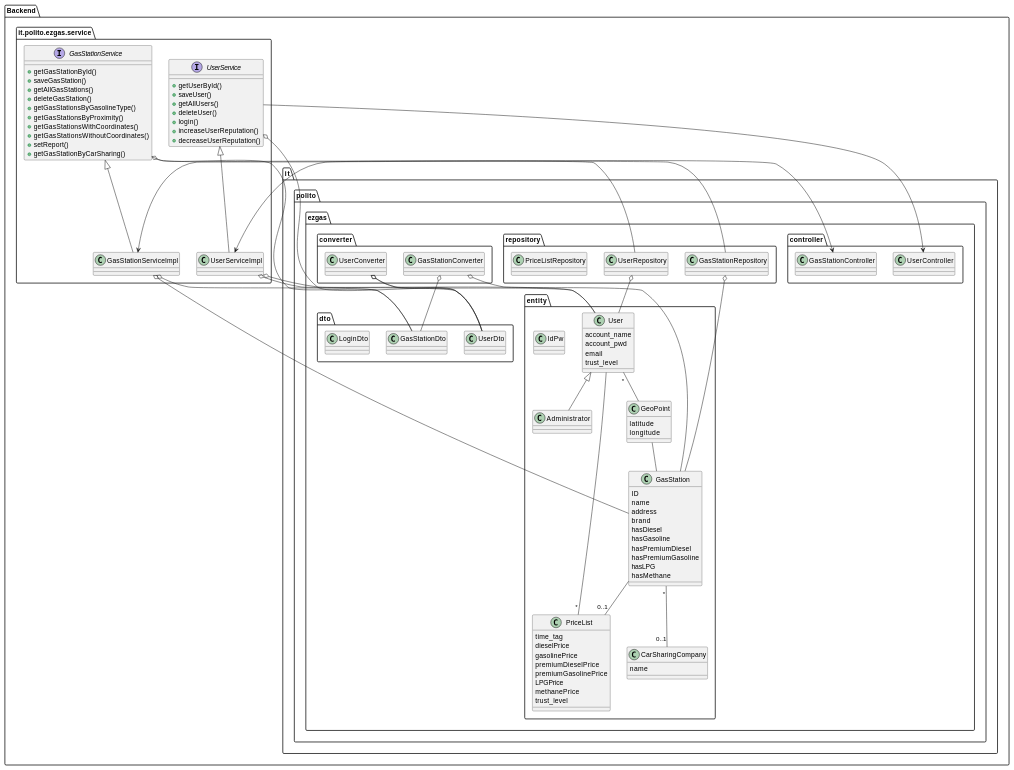
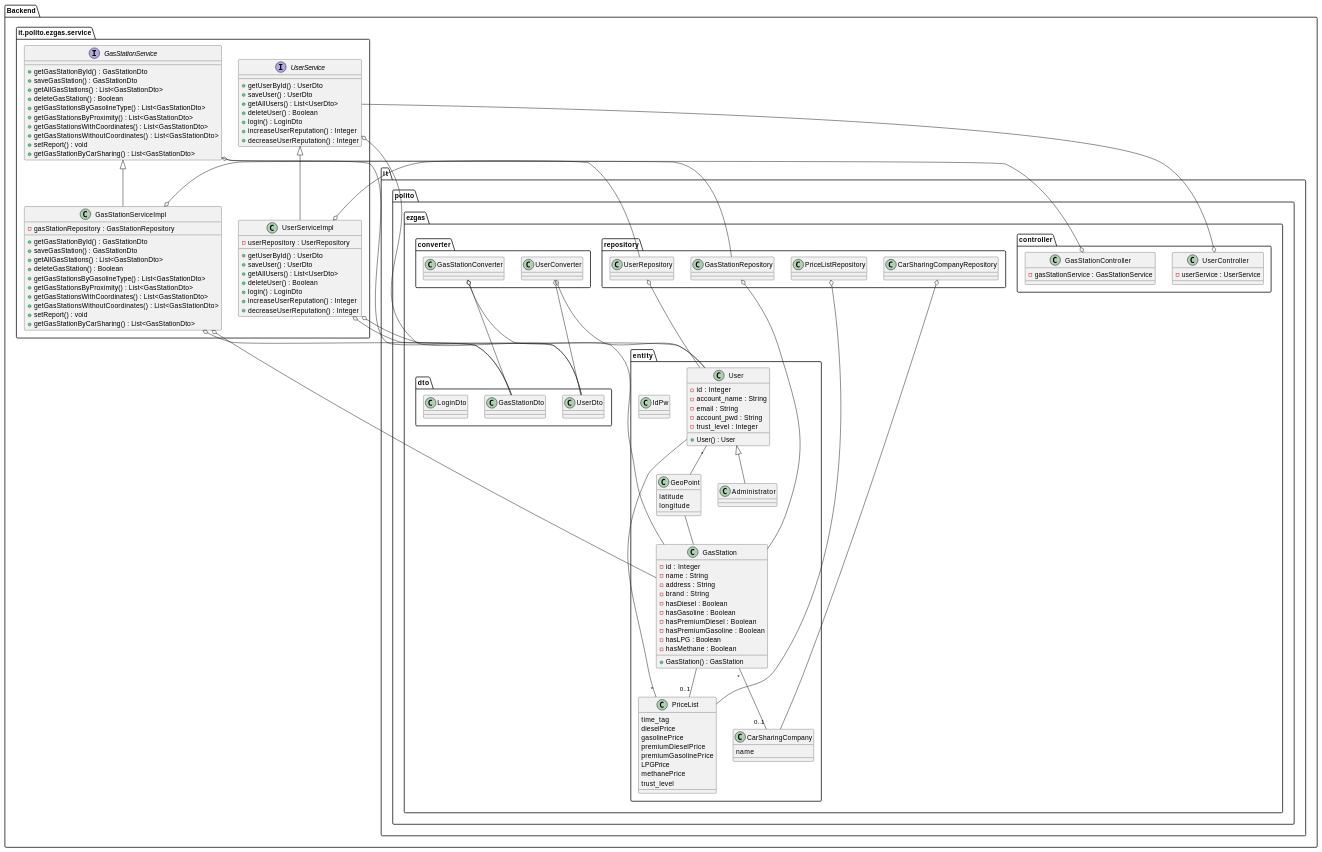
One commit to lucarinelli/ezgas changed the fourth of 4 diagrams in docs/DesignDocument.md. Above: the diagram before and after it, drawn with PlantUML.

Commit message:
docs: WIP Design Document class diagram, added types and other classes

````diff
--- a/docs/DesignDocument.md
+++ b/docs/DesignDocument.md
@@ -228,40 +228,61 @@
 
     package "it.polito.ezgas.service"  as ps {
         interface GasStationService {
-            +getGasStationById()
-            +saveGasStation()
-            +getAllGasStations()
-            +deleteGasStation()
-            +getGasStationsByGasolineType()
-            +getGasStationsByProximity()
-            +getGasStationsWithCoordinates()
-            +getGasStationsWithoutCoordinates()
-            +setReport()
-            +getGasStationByCarSharing()
+            +getGasStationById() : GasStationDto
+            +saveGasStation() : GasStationDto
+            +getAllGasStations() : List<GasStationDto>
+            +deleteGasStation() : Boolean
+            +getGasStationsByGasolineType() : List<GasStationDto>
+            +getGasStationsByProximity() : List<GasStationDto>
+            +getGasStationsWithCoordinates() : List<GasStationDto>
+            +getGasStationsWithoutCoordinates() : List<GasStationDto>
+            +setReport() : void
+            +getGasStationByCarSharing() : List<GasStationDto>
         }
         
         interface UserService {
-            +getUserById()
-            +saveUser()
-            +getAllUsers()
-            +deleteUser()
-            +login()
-            +increaseUserReputation()
-            +decreaseUserReputation()
+            +getUserById() : UserDto
+            +saveUser() : UserDto
+            +getAllUsers() : List<UserDto>
+            +deleteUser() : Boolean
+            +login() : LoginDto
+            +increaseUserReputation() : Integer
+            +decreaseUserReputation() : Integer
         }
         
         class GasStationServiceImpl{
+            -gasStationRepository : GasStationRepository
+            +getGasStationById() : GasStationDto
+            +saveGasStation() : GasStationDto
+            +getAllGasStations() : List<GasStationDto>
+            +deleteGasStation() : Boolean
+            +getGasStationsByGasolineType() : List<GasStationDto>
+            +getGasStationsByProximity() : List<GasStationDto>
+            +getGasStationsWithCoordinates() : List<GasStationDto>
+            +getGasStationsWithoutCoordinates() : List<GasStationDto>
+            +setReport() : void
+            +getGasStationByCarSharing() : List<GasStationDto>
         }
         
         class UserServiceImpl{
+            -userRepository : UserRepository
+            +getUserById() : UserDto
+            +saveUser() : UserDto
+            +getAllUsers() : List<UserDto>
+            +deleteUser() : Boolean
+            +login() : LoginDto
+            +increaseUserReputation() : Integer
+            +decreaseUserReputation() : Integer
         }
     } 
     
     
     package "it.polito.ezgas.controller" {
         class GasStationController{
+            -gasStationService : GasStationService
         }
         class UserController{
+            -userService : UserService
         }
     }
     
@@ -283,23 +304,26 @@
     
     package "it.polito.ezgas.entity" {
         class User {
-         account_name
-         account_pwd
-         email
-         trust_level
+            -id : Integer
+            -account_name : String
+            -email : String
+            -account_pwd : String
+            -trust_level : Integer
+            +User() : User
         }
         class Administrator
         class GasStation {
-         ID
-         name
-         address
-         brand
-         hasDiesel
-         hasGasoline
-         hasPremiumDiesel
-         hasPremiumGasoline
-         hasLPG
-         hasMethane
+            -id : Integer
+            -name : String
+            -address : String
+            -brand : String
+            -hasDiesel : Boolean
+            -hasGasoline : Boolean
+            -hasPremiumDiesel : Boolean
+            -hasPremiumGasoline : Boolean
+            -hasLPG : Boolean
+            -hasMethane : Boolean
+            +GasStation() : GasStation
         }
         class GeoPoint {
          latitude
@@ -339,6 +363,9 @@
         
         class PriceListRepository{
         }
+        
+        class CarSharingCompanyRepository{
+        }
     }
 
     
@@ -346,10 +373,10 @@
 
 UserService <|-- UserServiceImpl
 GasStationService <|-- GasStationServiceImpl
-GasStationController <-- GasStationService
-UserController <-- UserService
-UserServiceImpl <-- UserRepository
-GasStationServiceImpl <-- GasStationRepository
+GasStationController o-- GasStationService
+UserController o-- UserService
+UserServiceImpl o-- UserRepository
+GasStationServiceImpl o-- GasStationRepository
 
 UserConverter o-- UserDto
 UserConverter o-- User
@@ -366,4 +393,7 @@
 GasStationServiceImpl o-- GasStationDto
 GasStationServiceImpl o-- GasStation
 GasStationRepository o-- GasStation
+
+PriceListRepository o-- PriceList
+CarSharingCompanyRepository o-- CarSharingCompany
 ```
````
